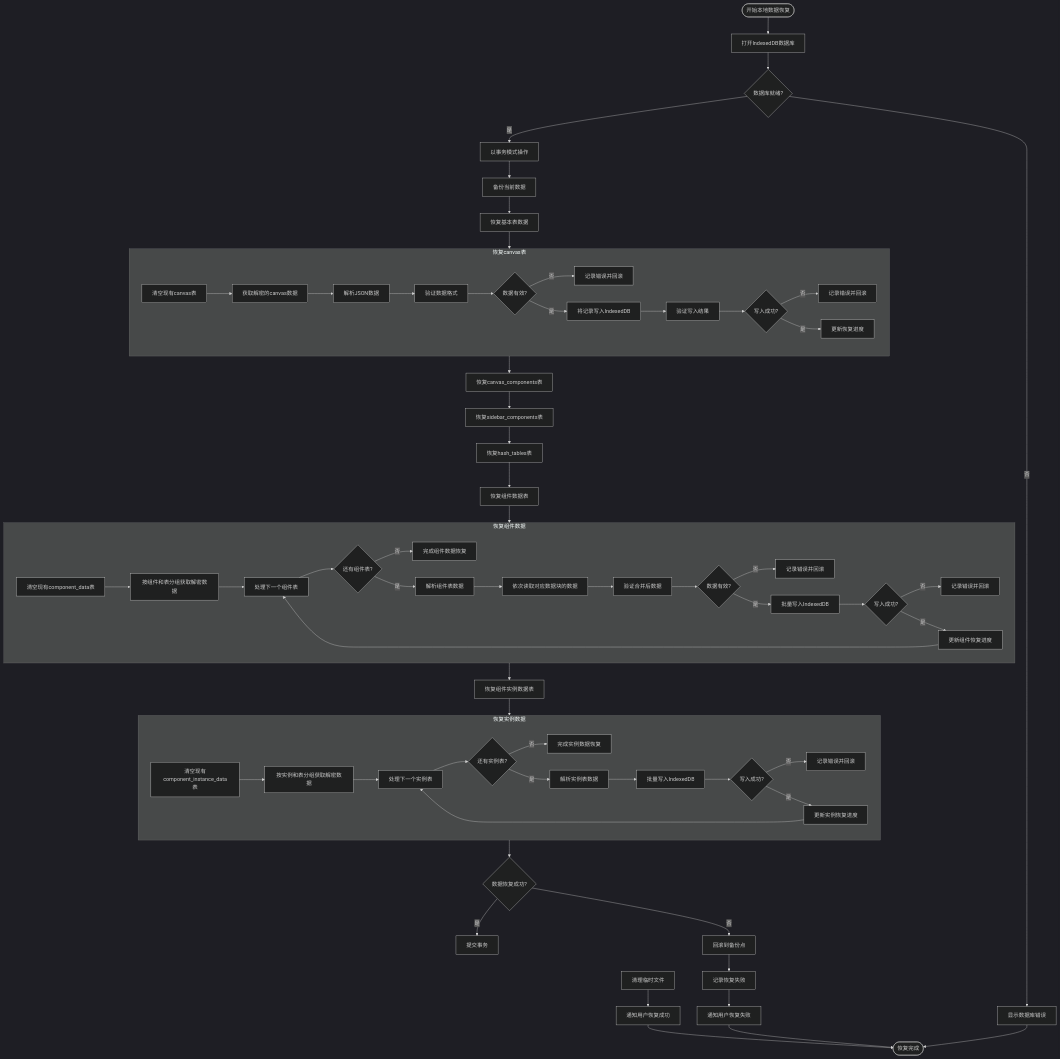
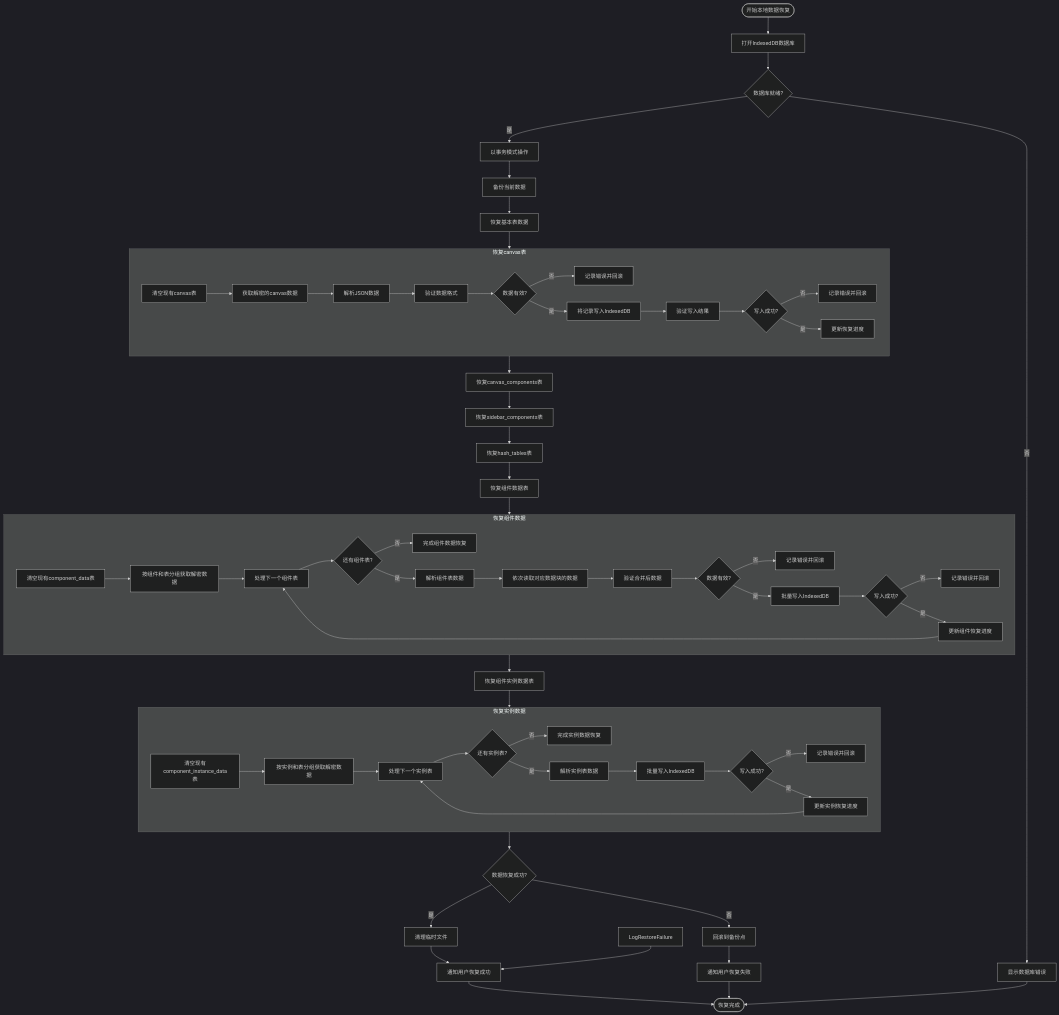
The diagram in all/未命名-53.md (yingjianzh/iodraw-files), drawn with Mermaid (dark theme) before and after one commit.

Commit message:
2025-05-09 17:29:59 update

```diff
--- a/all/未命名-53.md
+++ b/all/未命名-53.md
@@ -68,14 +68,14 @@
     
     RestoreInstData --> AllDataValid{数据恢复成功?}
     
-    AllDataValid -->|是| CommitTransaction[提交事务]
+    AllDataValid -->|是| CleanupTemp[清理临时文件]
     AllDataValid -->|否| RollbackToBackup[回滚到备份点]
     
-     CleanupTemp[清理临时文件]
-    RollbackToBackup --> LogRestoreFailure[记录恢复失败]
+     
+    RollbackToBackup --> NotifyFailure[通知用户恢复失败]
     
     CleanupTemp --> NotifySuccess[通知用户恢复成功]
-    LogRestoreFailure --> NotifyFailure[通知用户恢复失败]
+    LogRestoreFailure --> 
     
     NotifySuccess --> End([恢复完成])
     NotifyFailure --> End
```
